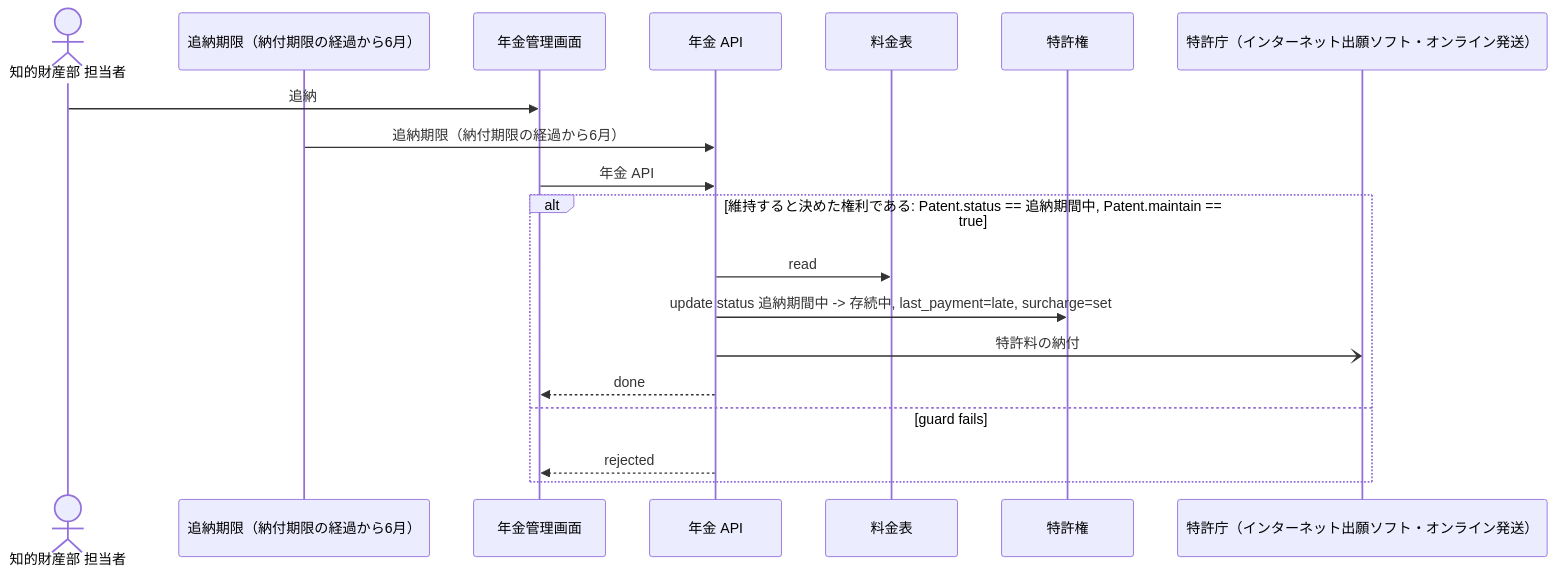
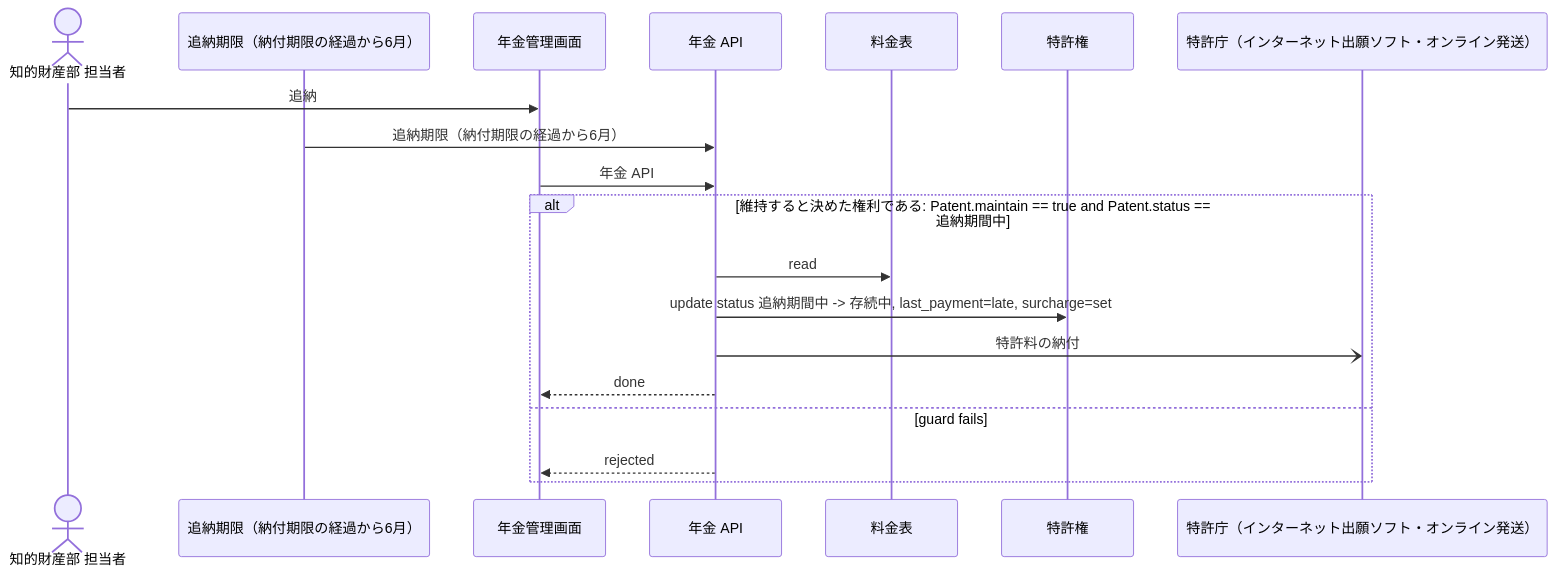
One commit to manji-0/rdra-ish-dsl changed the diagram in samples/patent-ops/out/uc/sequence_PayLateAnnuity.mmd. Above: the diagram before and after it, drawn with Mermaid. The commit also changed 19 other files, not shown here.

```diff
--- a/samples/patent-ops/out/uc/sequence_PayLateAnnuity.mmd
+++ b/samples/patent-ops/out/uc/sequence_PayLateAnnuity.mmd
@@ -1,22 +1,22 @@
 %% rdra-ish diagram=sequence scope=usecase:PayLateAnnuity model=samples/patent-ops
 %% kinds: actor timer screen api entity extsystem
 %% omitted: buc step medium permission event condition
 sequenceDiagram
   actor actor__IpStaff as 知的財産部 担当者
   participant timer__LatePaymentDeadline as 追納期限（納付期限の経過から6月）
   participant screen__AnnuityScreen as 年金管理画面
   participant api__AnnuityApi as 年金 API
   participant entity__FeeSchedule as 料金表
   participant entity__Patent as 特許権
   participant extsystem__Jpo as 特許庁（インターネット出願ソフト・オンライン発送）
   actor__IpStaff ->> screen__AnnuityScreen: 追納
   timer__LatePaymentDeadline ->> api__AnnuityApi: 追納期限（納付期限の経過から6月）
   screen__AnnuityScreen ->> api__AnnuityApi: 年金 API
-  alt 維持すると決めた権利である: Patent.status == 追納期間中, Patent.maintain == true
+  alt 維持すると決めた権利である: Patent.maintain == true and Patent.status == 追納期間中
     api__AnnuityApi ->> entity__FeeSchedule: read
     api__AnnuityApi ->> entity__Patent: update status 追納期間中 -> 存続中, last_payment=late, surcharge=set
     api__AnnuityApi -) extsystem__Jpo: 特許料の納付
     api__AnnuityApi -->> screen__AnnuityScreen: done
   else guard fails
     api__AnnuityApi -->> screen__AnnuityScreen: rejected
   end
```
